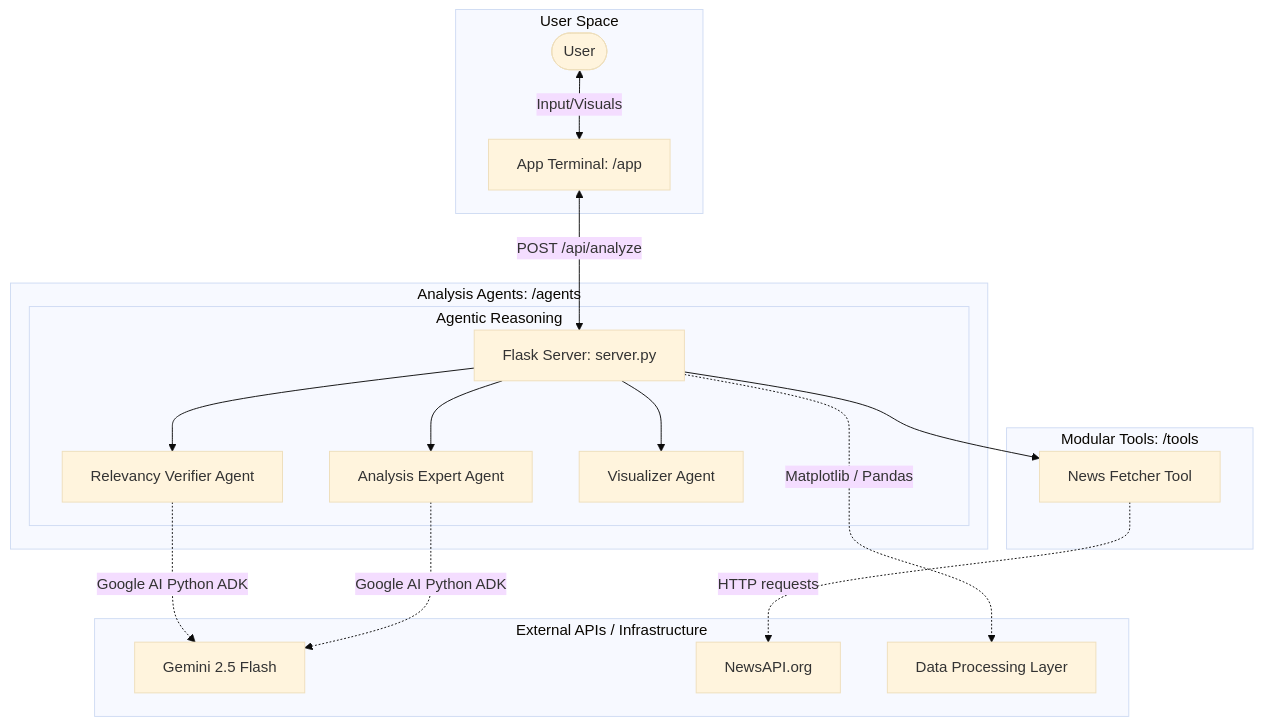
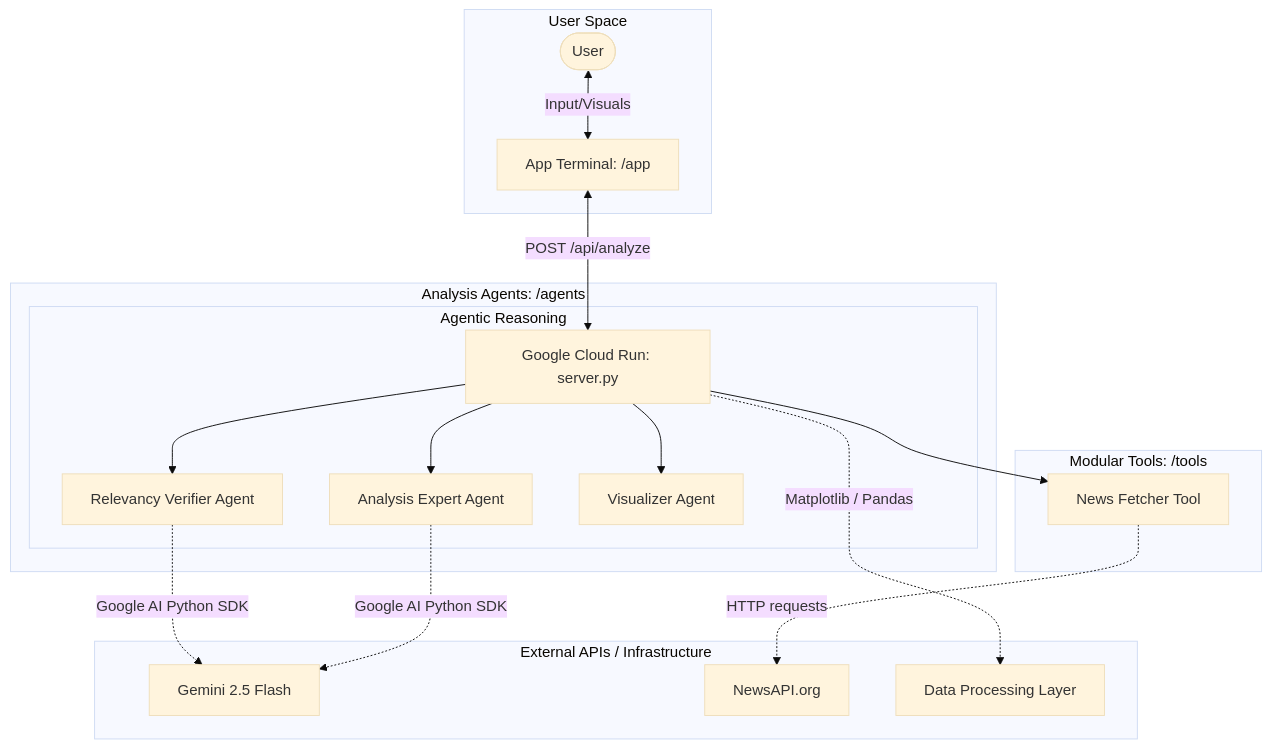
One commit to ninjitsuytber/AirSense-AI changed the diagram in README.md. Above: the diagram before and after it, drawn with Mermaid (base theme). The commit also changed other lines of this file, not shown here.

First line of the commit message:
Change backend hosting from Render to Google Cloud Run

````diff
--- a/README.md
+++ b/README.md
@@ -7,26 +7,26 @@
    ```mermaid
    graph TD
       subgraph UserSpace ["User Space"]
          User([User]) <-->|Input/Visuals| App[App Terminal: /app]
       end
 
       subgraph BackendSpace ["Analysis Agents: /agents"]
-         App <-->|POST /api/analyze| Server[Flask Server: server.py]
+         App <-->|POST /api/analyze| Server[Google Cloud Run: server.py]
          
          subgraph AgentCore ["Agentic Reasoning"]
                Server --> Verifier[Relevancy Verifier Agent]
                Server --> Expert[Analysis Expert Agent]
                Server --> Plotter[Visualizer Agent]
          end
       end
 
       subgraph ToolSpace ["Modular Tools: /tools"]
          Server --> NewsTool[News Fetcher Tool]
       end
 
       subgraph ExternalProvider ["External APIs / Infrastructure"]
-         Verifier & Expert -.->|Google AI Python ADK| Gemini[Gemini 2.5 Flash]
+         Verifier & Expert -.->|Google AI Python SDK| Gemini[Gemini 2.5 Flash]
          NewsTool -.->|HTTP requests| NewsAPI[NewsAPI.org]
          Server -.->|Matplotlib / Pandas| Visuals[Data Processing Layer]
       end
    ```
````
